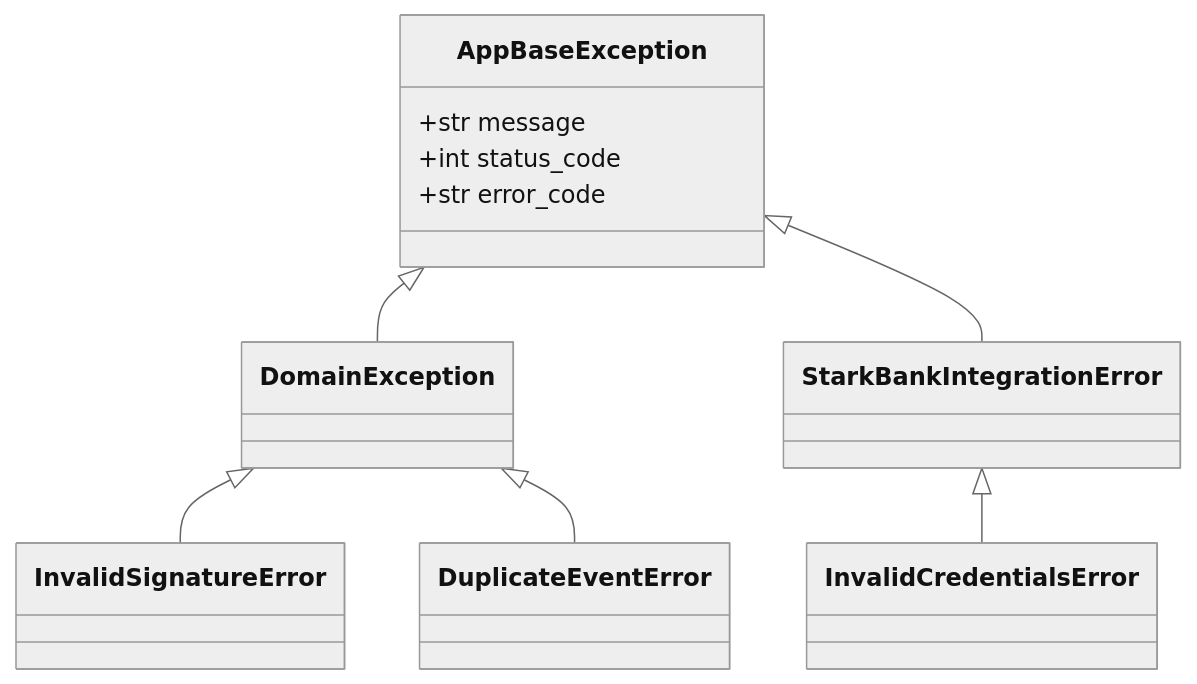
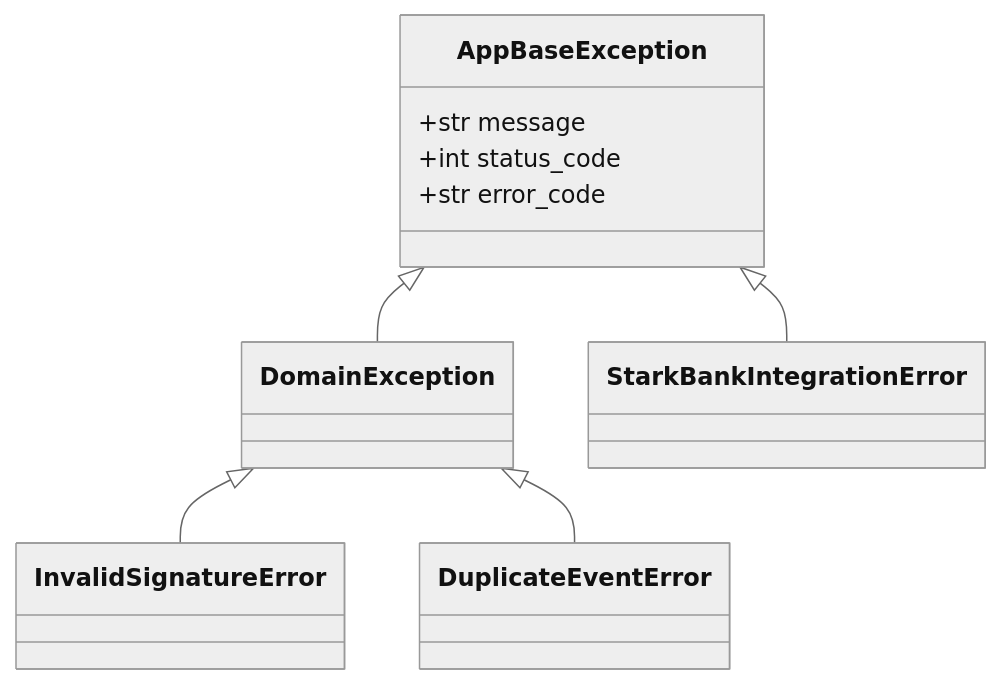
One commit to JhonatanRian/webhook-payment changed the second of 2 diagrams in docs/architecture.md. Above: the diagram before and after it, drawn with Mermaid (neutral theme). The commit also changed other lines of this file and 12 other files, not shown here.

````diff
--- a/docs/architecture.md
+++ b/docs/architecture.md
@@ -83,19 +93,17 @@
 ```mermaid
 classDiagram
     class AppBaseException {
         +str message
         +int status_code
         +str error_code
     }
     class DomainException
     class StarkBankIntegrationError
     class InvalidSignatureError
     class DuplicateEventError
-    class InvalidCredentialsError
 
     AppBaseException <|-- DomainException
     AppBaseException <|-- StarkBankIntegrationError
     DomainException <|-- InvalidSignatureError
     DomainException <|-- DuplicateEventError
-    StarkBankIntegrationError <|-- InvalidCredentialsError
 ```
````
